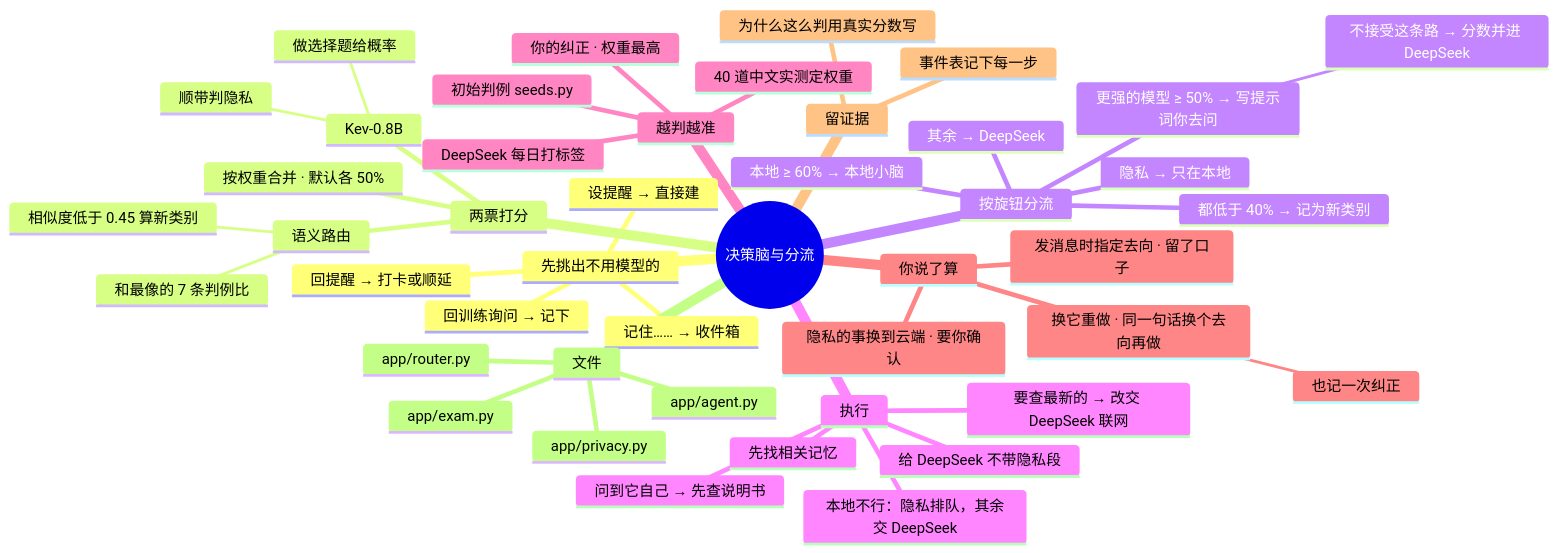
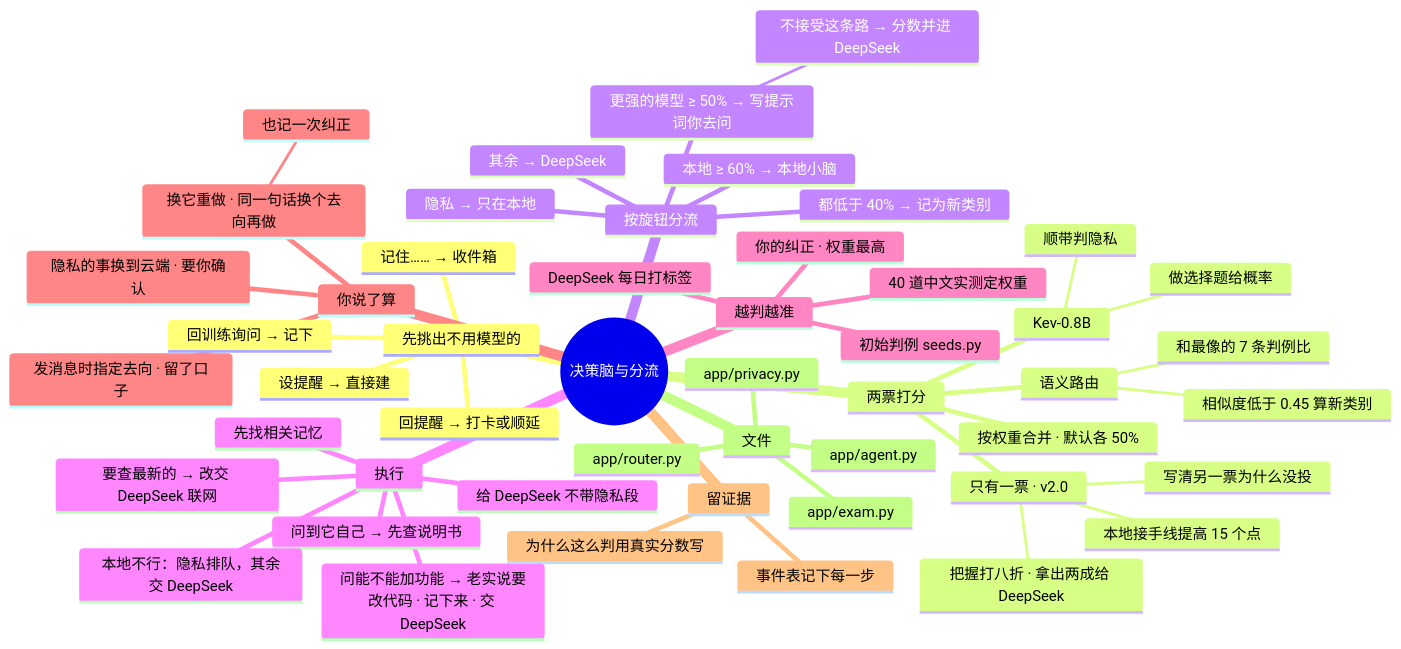
The diagram in docs/AI文档/架构/01-决策脑与分流.md (lql-076/Experiment-Agent-One), drawn with Mermaid before and after one commit. The commit also changed other lines of this file and 56 other files, not shown here.

First line of the commit message:
v2.0.0：界面整个重做成极简（深色、浅色两套）；主窗口只放主页和常驻，工具都是独立窗口；生图加「角色」，批量清单写到角色名字自动带上形象

````diff
--- a/docs/AI文档/架构/01-决策脑与分流.md
+++ b/docs/AI文档/架构/01-决策脑与分流.md
@@ -9,50 +9,55 @@
 ```mermaid
 mindmap
   root((决策脑与分流))
     先挑出不用模型的
       回提醒 → 打卡或顺延
       回训练询问 → 记下
       设提醒 → 直接建
       记住…… → 收件箱
     两票打分
       语义路由
       :::svc-model
         和最像的 7 条判例比
         相似度低于 0.45 算新类别
       Kev-0.8B
       :::svc-kev
         做选择题给概率
         顺带判隐私
       按权重合并 · 默认各 50%
+      只有一票 · v2.0
+        把握打八折 · 拿出两成给 DeepSeek
+        本地接手线提高 15 个点
+        写清另一票为什么没投
     按旋钮分流
       隐私 → 只在本地
       本地 ≥ 60% → 本地小脑
       更强的模型 ≥ 50% → 写提示词你去问
         不接受这条路 → 分数并进 DeepSeek
       其余 → DeepSeek
       都低于 40% → 记为新类别
     执行
       先找相关记忆
       问到它自己 → 先查说明书
       要查最新的 → 改交 DeepSeek 联网
       给 DeepSeek 不带隐私段
+      问能不能加功能 → 老实说要改代码 · 记下来 · 交 DeepSeek
       本地不行：隐私排队，其余交 DeepSeek
     越判越准
       初始判例 seeds.py
       你的纠正 · 权重最高
       DeepSeek 每日打标签
       40 道中文实测定权重
     你说了算
       换它重做 · 同一句话换个去向再做
         也记一次纠正
       隐私的事换到云端 · 要你确认
       发消息时指定去向 · 留了口子
     留证据
       事件表记下每一步
       为什么这么判用真实分数写
     文件
       app/agent.py
       app/router.py
       app/privacy.py
       app/exam.py
 ```
````
